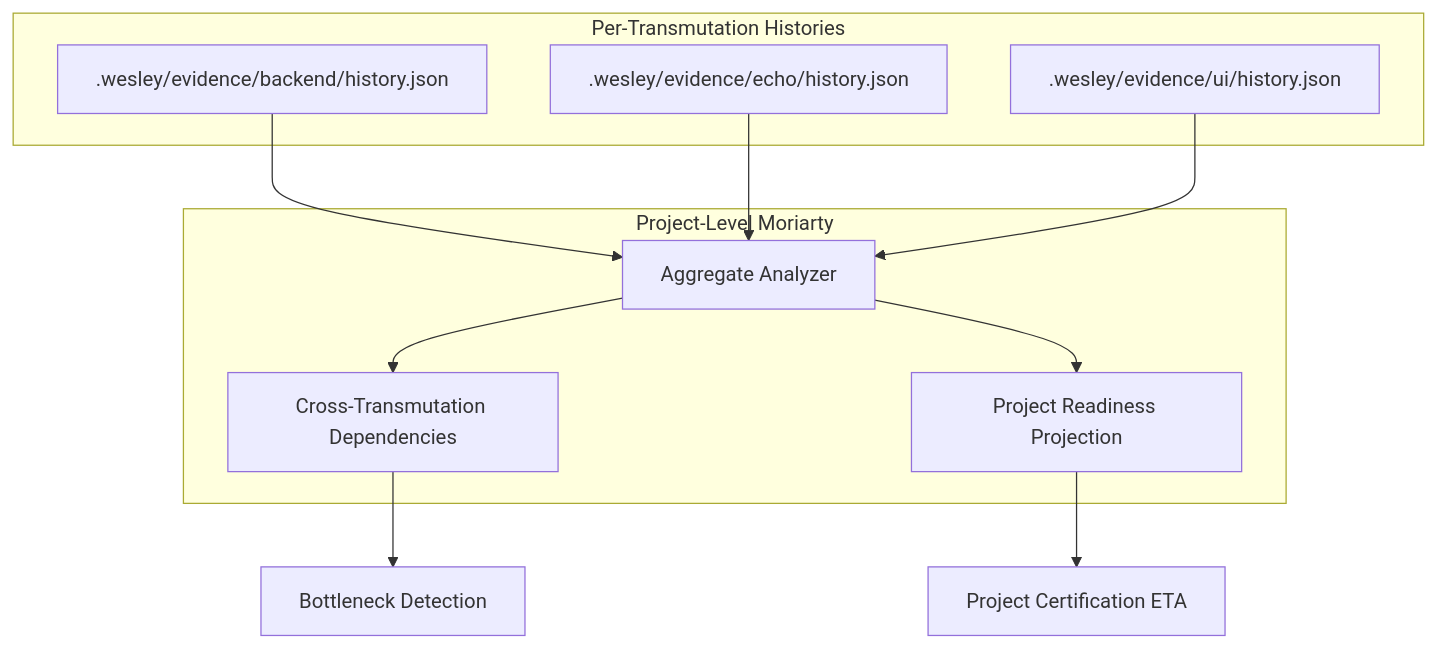
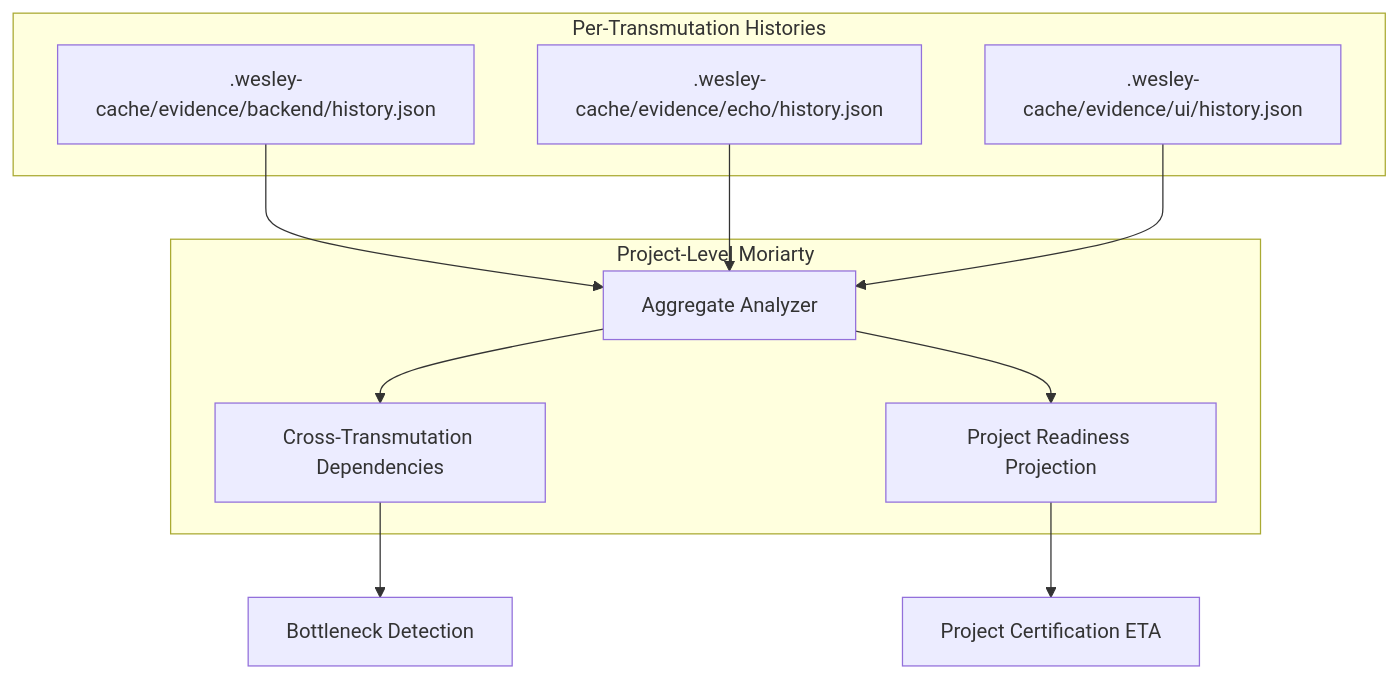
The fifth of 8 diagrams in docs/architecture/transmutations.md (flyingrobots/wesley), drawn with Mermaid before and after one commit. The commit also changed other lines of this file and 23 other files, not shown here.

````diff
--- a/docs/architecture/transmutations.md
+++ b/docs/architecture/transmutations.md
@@ -420,24 +420,24 @@
 ```mermaid
 graph TB
     subgraph "Per-Transmutation Histories"
-        H1[".wesley/evidence/backend/history.json"]
-        H2[".wesley/evidence/echo/history.json"]
-        H3[".wesley/evidence/ui/history.json"]
+        H1[".wesley-cache/evidence/backend/history.json"]
+        H2[".wesley-cache/evidence/echo/history.json"]
+        H3[".wesley-cache/evidence/ui/history.json"]
     end
 
     subgraph "Project-Level Moriarty"
         AGG["Aggregate Analyzer"]
         DEP["Cross-Transmutation Dependencies"]
         PROJ["Project Readiness Projection"]
     end
 
     H1 --> AGG
     H2 --> AGG
     H3 --> AGG
 
     AGG --> DEP
     AGG --> PROJ
 
     PROJ --> R["Project Certification ETA"]
     DEP --> B["Bottleneck Detection"]
 ```
````
